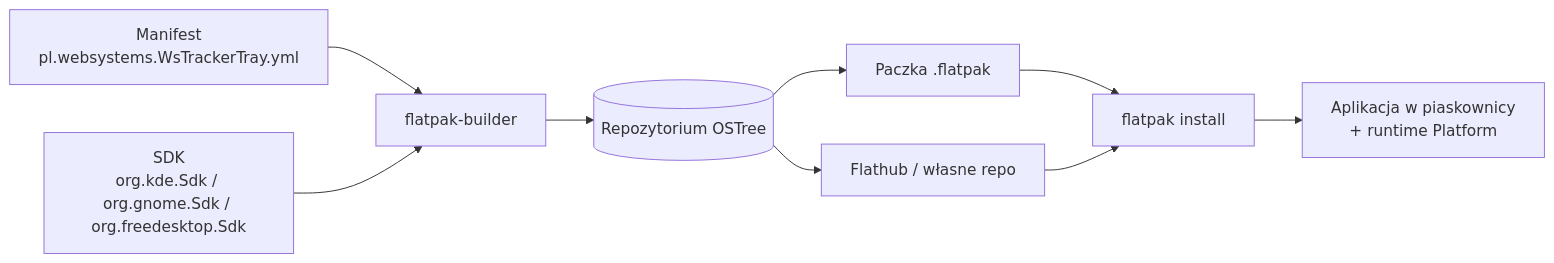
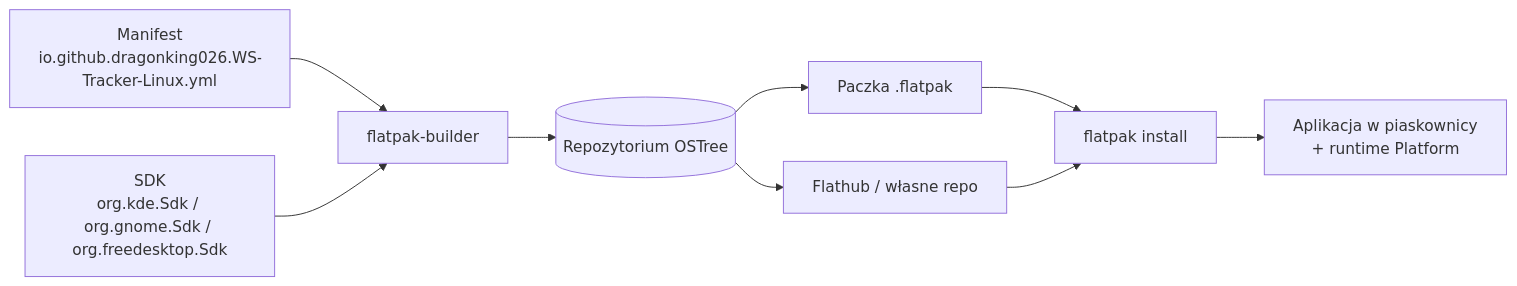
One commit to DragonKing026/DK-Tracker-Linux changed the diagram in docs/integracje/flatpak.md. Above: the diagram before and after it, drawn with Mermaid. The commit also changed other lines of this file and 61 other files, not shown here.

````diff
--- a/docs/integracje/flatpak.md
+++ b/docs/integracje/flatpak.md
@@ -19,11 +19,11 @@
 ```mermaid
 flowchart LR
-    M[Manifest<br/>pl.websystems.WsTrackerTray.yml] --> FB[flatpak-builder]
+    M[Manifest<br/>io.github.dragonking026.WS-Tracker-Linux.yml] --> FB[flatpak-builder]
     SDK[SDK<br/>org.kde.Sdk / org.gnome.Sdk / org.freedesktop.Sdk] --> FB
     FB --> R[(Repozytorium OSTree)]
     R --> B[Paczka .flatpak]
     R --> FH[Flathub / własne repo]
     B --> I[flatpak install]
     FH --> I
     I --> RUN[Aplikacja w piaskownicy<br/>+ runtime Platform]
 ```
````
